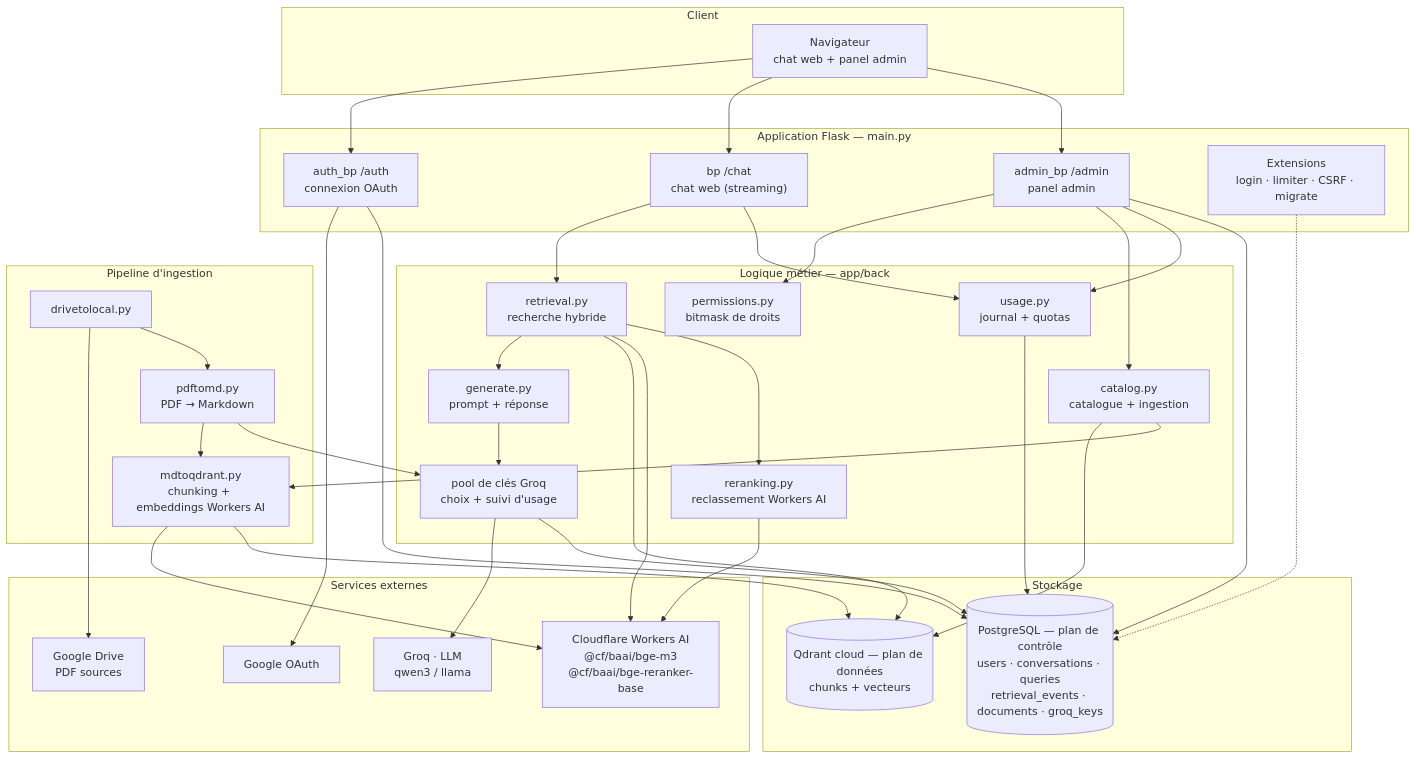
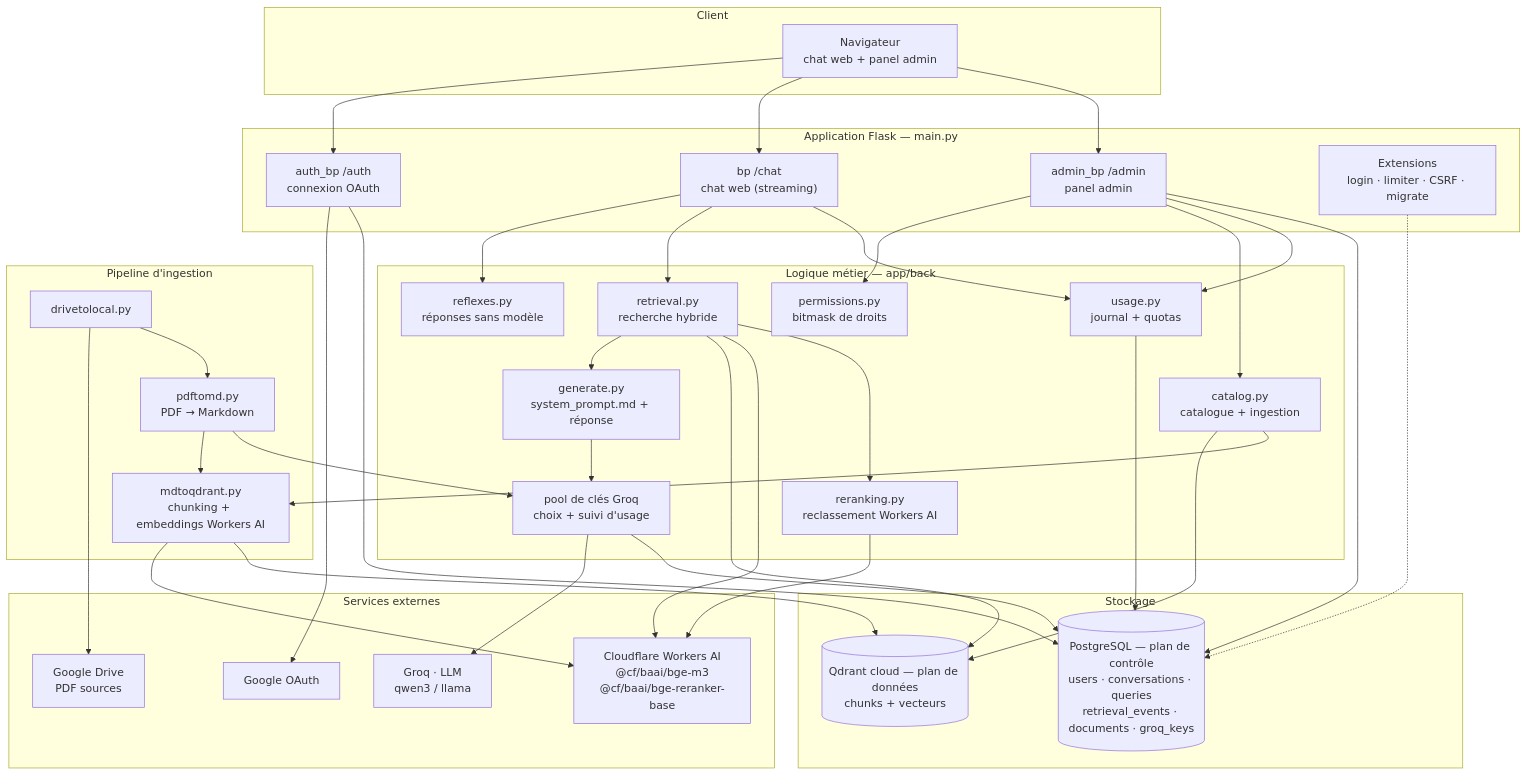
The first of 4 diagrams in docs/architecture.md (KioshiEagle/tngpt), drawn with Mermaid before and after one commit. The commit also changed other lines of this file, not shown here.

Commit message:
Document the prompt split in the architecture page

````diff
--- a/docs/architecture.md
+++ b/docs/architecture.md
@@ -17,66 +17,68 @@
 ```mermaid
 flowchart TB
     subgraph client["Client"]
         Browser["Navigateur<br/>chat web + panel admin"]
     end
 
     subgraph flask["Application Flask — main.py"]
         AuthBP["auth_bp /auth<br/>connexion OAuth"]
         ChatBP["bp /chat<br/>chat web (streaming)"]
         AdminBP["admin_bp /admin<br/>panel admin"]
         Ext["Extensions<br/>login · limiter · CSRF · migrate"]
     end
 
     subgraph logic["Logique métier — app/back"]
         Perms["permissions.py<br/>bitmask de droits"]
         Retrieval["retrieval.py<br/>recherche hybride"]
         Rerank["reranking.py<br/>reclassement Workers AI"]
-        Generate["generate.py<br/>prompt + réponse"]
+        Reflex["reflexes.py<br/>réponses sans modèle"]
+        Generate["generate.py<br/>system_prompt.md + réponse"]
         Usage["usage.py<br/>journal + quotas"]
         Catalog["catalog.py<br/>catalogue + ingestion"]
         GroqPool["pool de clés Groq<br/>choix + suivi d'usage"]
     end
 
     subgraph pipeline["Pipeline d'ingestion"]
         Drive["drivetolocal.py"]
         Pdf["pdftomd.py<br/>PDF → Markdown"]
         Vector["mdtoqdrant.py<br/>chunking + embeddings Workers AI"]
     end
 
     subgraph stores["Stockage"]
         PG[("PostgreSQL — plan de contrôle<br/>users · conversations · queries<br/>retrieval_events · documents · groq_keys")]
         QD[("Qdrant cloud — plan de données<br/>chunks + vecteurs")]
     end
 
     subgraph external["Services externes"]
         Groq["Groq · LLM<br/>qwen3 / llama"]
         OAuth["Google OAuth"]
         GDrive["Google Drive<br/>PDF sources"]
         CF["Cloudflare Workers AI<br/>@cf/baai/bge-m3<br/>@cf/baai/bge-reranker-base"]
     end
 
     Browser --> AuthBP & ChatBP & AdminBP
     AuthBP --> OAuth
     AuthBP --> PG
 
+    ChatBP --> Reflex
     ChatBP --> Retrieval --> Generate
     Retrieval --> QD
     Retrieval --> CF
     Retrieval --> Rerank --> CF
     ChatBP --> Usage --> PG
     Generate --> GroqPool --> Groq
     GroqPool --> PG
 
     AdminBP --> Perms & Catalog & Usage
     AdminBP --> PG
     Catalog --> QD
     Catalog --> Vector
 
     Drive --> GDrive
     Drive --> Pdf --> Vector
     Pdf --> GroqPool
     Vector --> CF
     Vector --> QD
 
     Ext -.-> PG
 ```
````
